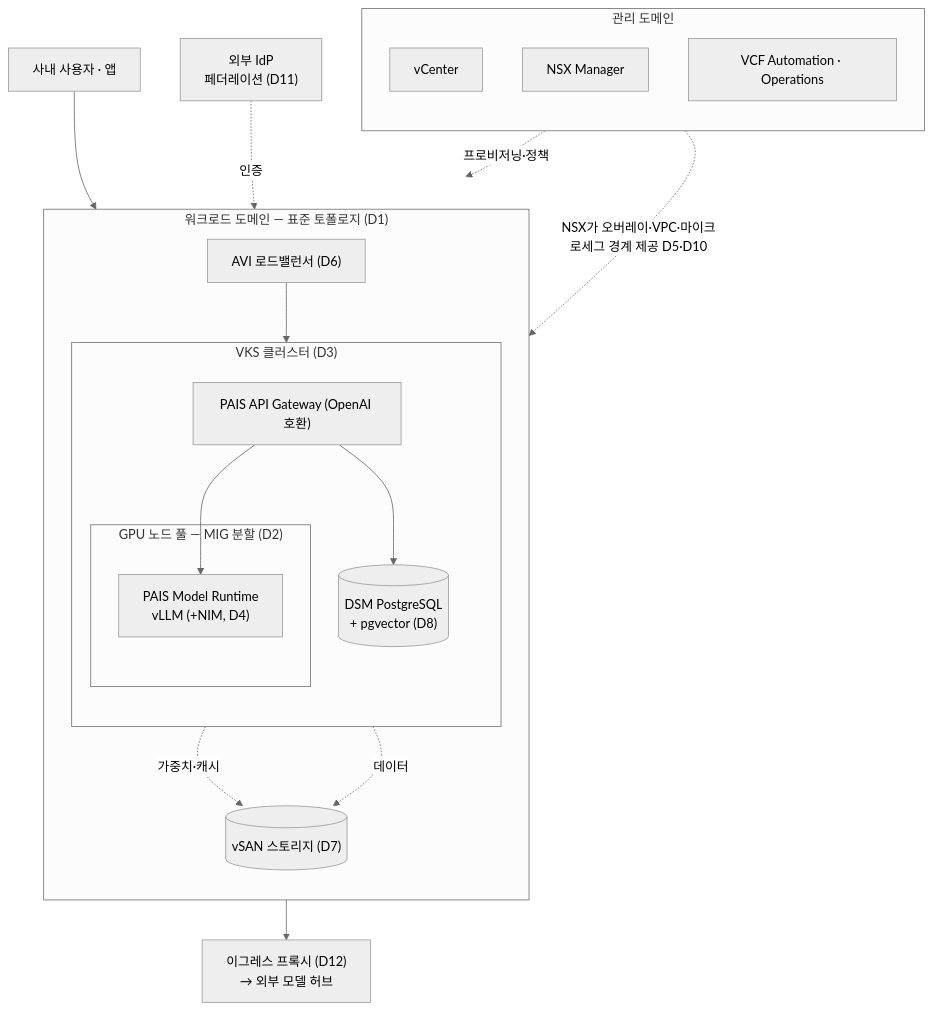
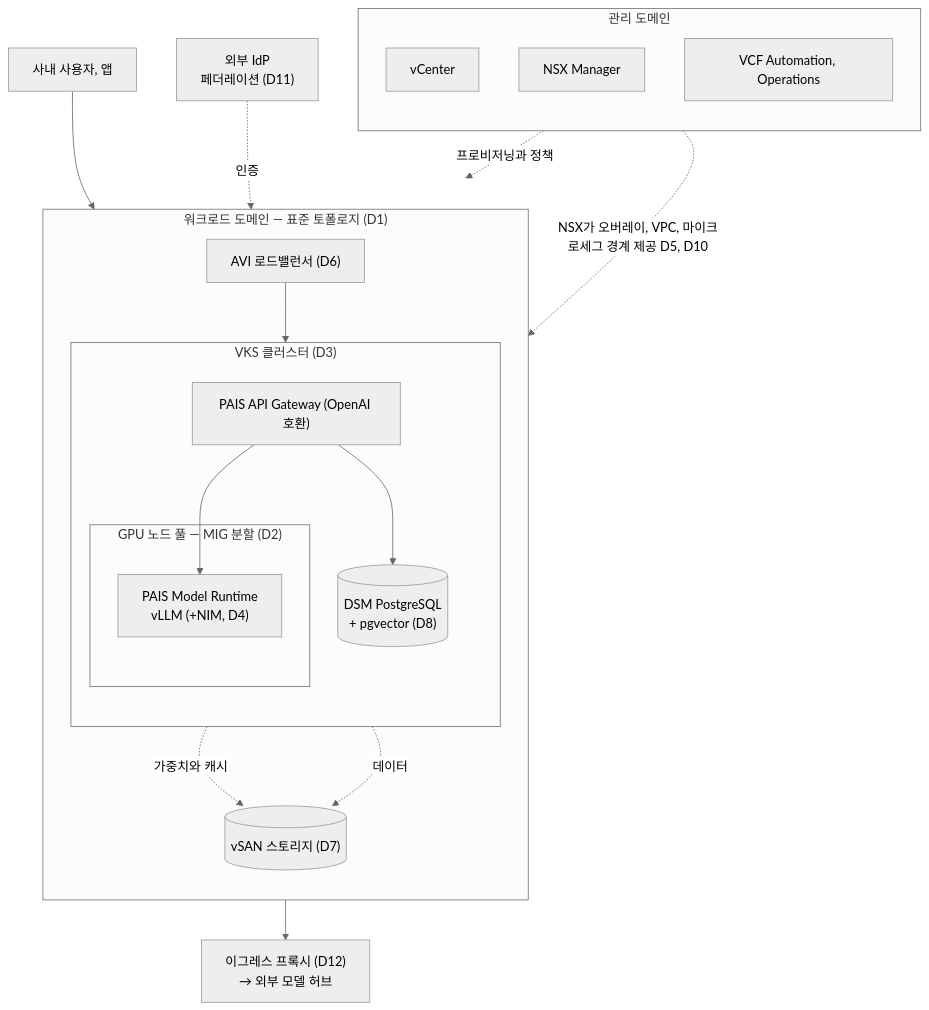
The diagram in 07-design/docs/02-reference-blueprints.md (JaeHoYun/vcf-private-ai), drawn with Mermaid (neutral theme) before and after one commit. The commit also changed other lines of this file and 92 other files, not shown here.

````diff
--- a/07-design/docs/02-reference-blueprints.md
+++ b/07-design/docs/02-reference-blueprints.md
@@ -63,37 +63,37 @@
 ```mermaid
 flowchart TB
-    USER["사내 사용자 · 앱"]
+    USER["사내 사용자, 앱"]
     IDP["외부 IdP<br/>페더레이션 (D11)"]
     PROXY["이그레스 프록시 (D12)<br/>→ 외부 모델 허브"]
 
     subgraph MGMT["관리 도메인"]
         direction TB
         VC["vCenter"]
         NSXM["NSX Manager"]
-        AUTO["VCF Automation · Operations"]
+        AUTO["VCF Automation, Operations"]
     end
 
     subgraph WL["워크로드 도메인 — 표준 토폴로지 (D1)"]
         direction TB
         AVI["AVI 로드밸런서 (D6)"]
         subgraph VKS["VKS 클러스터 (D3)"]
             direction TB
             GW["PAIS API Gateway (OpenAI 호환)"]
             subgraph GPUP["GPU 노드 풀 — MIG 분할 (D2)"]
                 RT["PAIS Model Runtime<br/>vLLM (+NIM, D4)"]
             end
             PG[("DSM PostgreSQL<br/>+ pgvector (D8)")]
         end
         VSAN[("vSAN 스토리지 (D7)")]
     end
 
     USER --> AVI --> GW
     IDP -. 인증 .-> GW
     GW --> RT
     GW --> PG
-    RT -. 가중치·캐시 .-> VSAN
+    RT -. 가중치와 캐시 .-> VSAN
     PG -. 데이터 .-> VSAN
     RT --> PROXY
-    AUTO -. 프로비저닝·정책 .-> VKS
-    NSXM -. NSX가 오버레이·VPC·마이크로세그 경계 제공 D5·D10 .-> WL
+    AUTO -. 프로비저닝과 정책 .-> VKS
+    NSXM -. NSX가 오버레이, VPC, 마이크로세그 경계 제공 D5, D10 .-> WL
 ```
````
